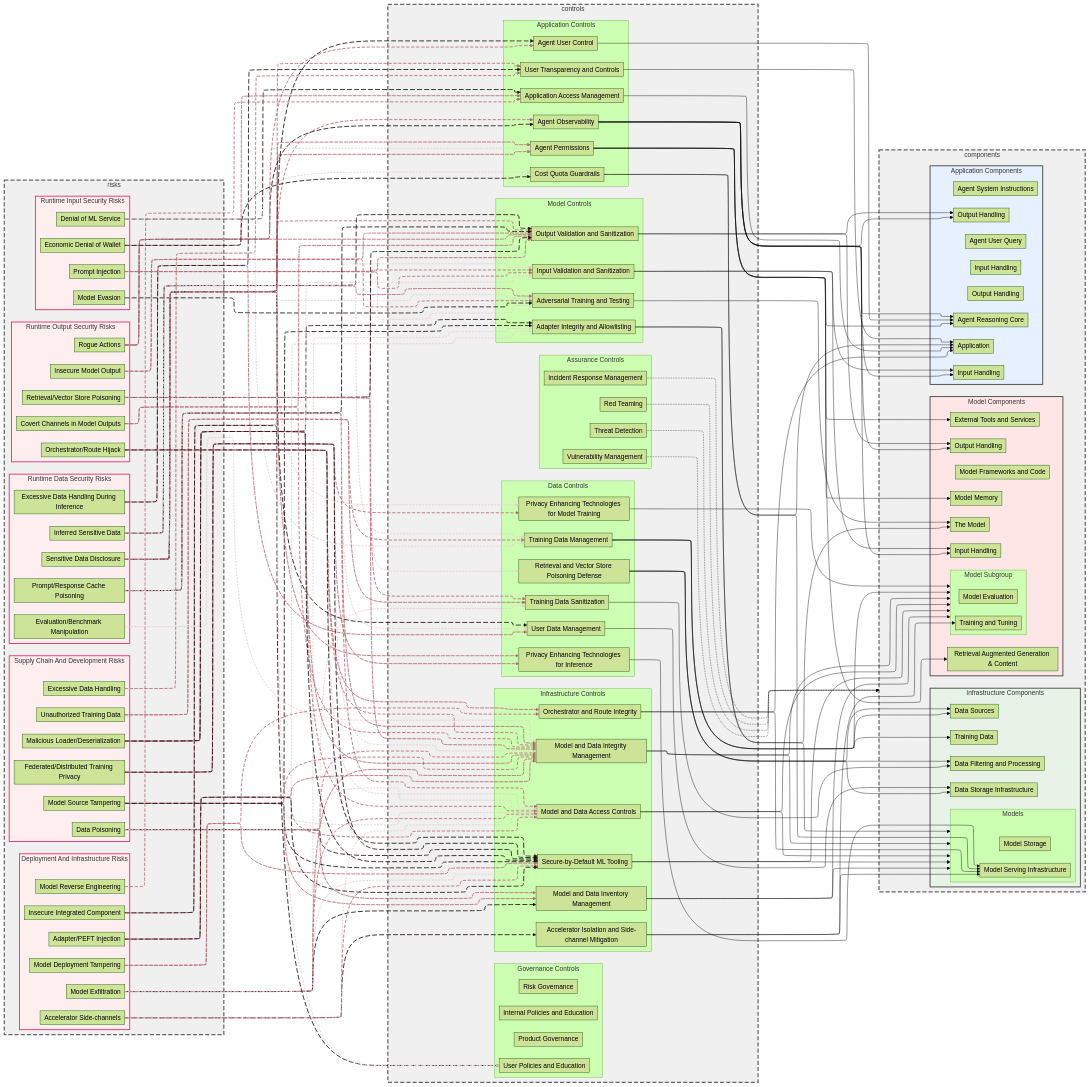
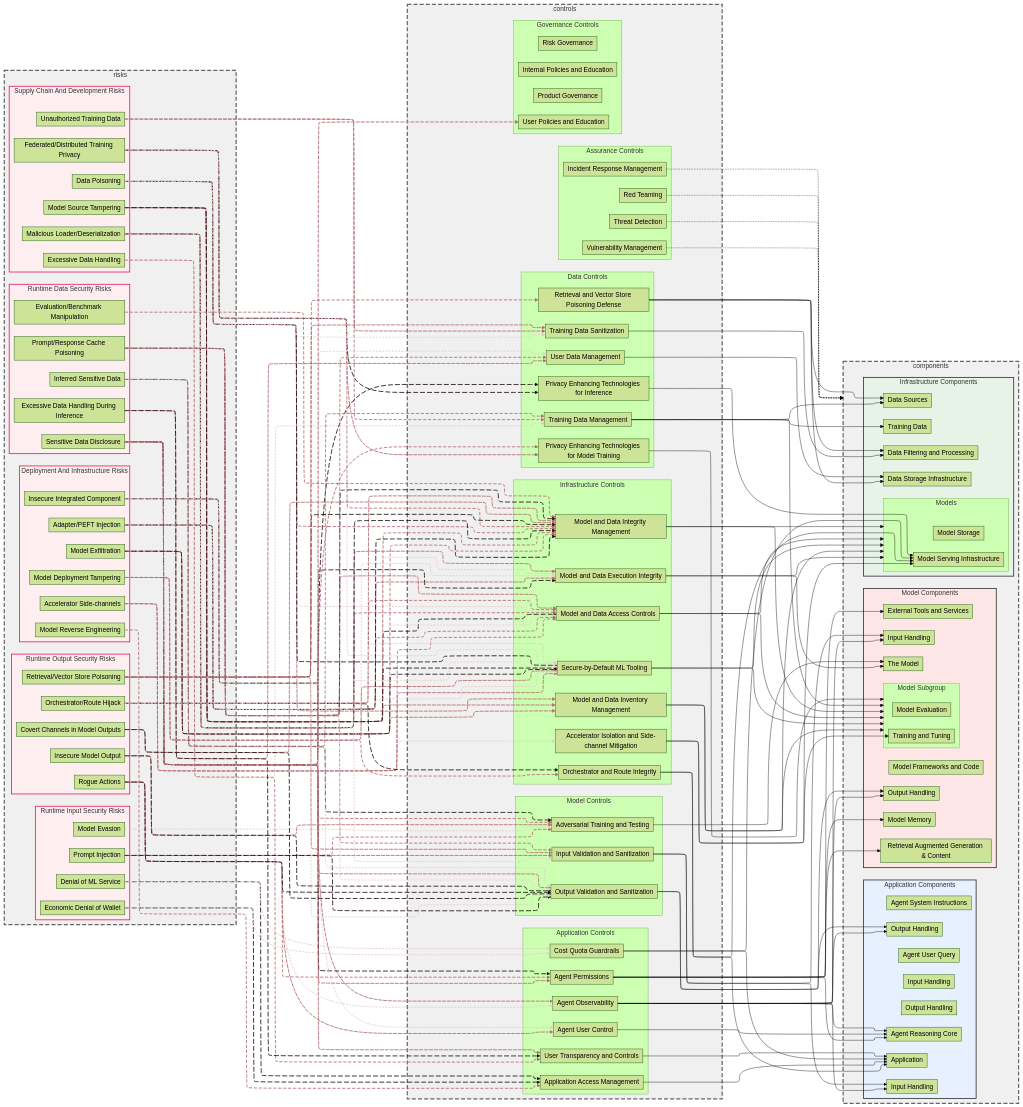
One commit to davidlabianca/secure-ai-tooling changed the diagram in risk-map/diagrams/controls-to-risk-graph.mermaid. Above: the diagram before and after it, drawn with Mermaid (forest theme). The commit also changed 13 other files, not shown here.

First line of the commit message:
[Controls][Revert] Add control: Adapter Integrity and Allowlisting

```diff
--- a/risk-map/diagrams/controls-to-risk-graph.mermaid
+++ b/risk-map/diagrams/controls-to-risk-graph.mermaid
@@ -68,6 +68,7 @@
     subgraph controlsInfrastructure ["Infrastructure Controls"]
         controlAcceleratorIsolationAndSideChannelMitigation[Accelerator Isolation and Side-channel Mitigation]
         controlModelAndDataAccessControls[Model and Data Access Controls]
+        controlModelAndDataExecutionIntegrity[Model and Data Execution Integrity]
         controlModelAndDataIntegrityManagement[Model and Data Integrity Management]
         controlModelAndDataInventoryManagement[Model and Data Inventory Management]
         controlOrchestratorAndRouteIntegrity[Orchestrator and Route Integrity]
@@ -75,7 +76,6 @@
     end
 
     subgraph controlsModel ["Model Controls"]
-        controlAdapterIntegrityAndAllowlisting[Adapter Integrity and Allowlisting]
         controlAdversarialTrainingAndTesting[Adversarial Training and Testing]
         controlInputValidationAndSanitization[Input Validation and Sanitization]
         controlOutputValidationAndSanitization[Output Validation and Sanitization]
@@ -154,8 +154,8 @@
     DP --> controlTrainingDataSanitization
     UTD --> controlTrainingDataManagement
     UTD --> controlTrainingDataSanitization
-    MST --> controlAdapterIntegrityAndAllowlisting
     MST --> controlModelAndDataAccessControls
+    MST --> controlModelAndDataExecutionIntegrity
     MST --> controlModelAndDataIntegrityManagement
     MST --> controlModelAndDataInventoryManagement
     MST --> controlSecureByDefaultMLTooling
@@ -163,17 +163,18 @@
     EDH --> controlUserTransparencyAndControls
     EDH-I --> controlUserDataManagement
     EDH-I --> controlUserTransparencyAndControls
-    MXF --> controlAdapterIntegrityAndAllowlisting
     MXF --> controlModelAndDataAccessControls
     MXF --> controlModelAndDataIntegrityManagement
     MXF --> controlModelAndDataInventoryManagement
     MXF --> controlSecureByDefaultMLTooling
+    MDT --> controlModelAndDataExecutionIntegrity
     MDT --> controlOrchestratorAndRouteIntegrity
     MDT --> controlSecureByDefaultMLTooling
     DMS --> controlApplicationAccessManagement
     DMS --> controlCostQuotaGuardrails
     MRE --> controlApplicationAccessManagement
     IIC --> controlAgentPluginPermissions
+    IIC --> controlModelAndDataExecutionIntegrity
     IIC --> controlUserPoliciesAndEducation
     PIJ --> controlAdversarialTrainingAndTesting
     PIJ --> controlInputValidationAndSanitization
@@ -207,8 +208,8 @@
     FLP --> controlModelPrivacyEnhancingTechnologies
     FLP --> controlRuntimePrivacyEnhancingTechnologies
     FLP --> controlSecureByDefaultMLTooling
-    ADI --> controlAdapterIntegrityAndAllowlisting
     ADI --> controlModelAndDataAccessControls
+    ADI --> controlModelAndDataExecutionIntegrity
     ADI --> controlModelAndDataIntegrityManagement
     ADI --> controlSecureByDefaultMLTooling
     ORH --> controlModelAndDataAccessControls
@@ -218,9 +219,9 @@
     EBM --> controlModelAndDataIntegrityManagement
     COV --> controlModelAndDataIntegrityManagement
     COV --> controlOutputValidationAndSanitization
-    MLD --> controlAdapterIntegrityAndAllowlisting
     MLD --> controlInputValidationAndSanitization
     MLD --> controlModelAndDataAccessControls
+    MLD --> controlModelAndDataExecutionIntegrity
     MLD --> controlModelAndDataIntegrityManagement
     MLD --> controlSecureByDefaultMLTooling
     PCP --> controlInputValidationAndSanitization
@@ -248,6 +249,8 @@
     controlModelAndDataAccessControls --> componentsModels
     controlModelAndDataIntegrityManagement --> componentsModelSubgroup
     controlModelAndDataIntegrityManagement --> componentsModels
+    controlModelAndDataExecutionIntegrity --> componentTheModel
+    controlModelAndDataExecutionIntegrity --> componentsModels
     controlSecureByDefaultMLTooling --> componentsModelSubgroup
     controlSecureByDefaultMLTooling --> componentsModels
     controlInputValidationAndSanitization --> componentAgentInputHandling
@@ -276,8 +279,6 @@
     controlRetrievalAndVectorStorePoisoningDefense --> componentDataFilteringAndProcessing
     controlRetrievalAndVectorStorePoisoningDefense --> componentDataSources
     controlRetrievalAndVectorStorePoisoningDefense --> componentDataStorage
-    controlAdapterIntegrityAndAllowlisting --> componentTheModel
-    controlAdapterIntegrityAndAllowlisting --> componentsModels
     controlOrchestratorAndRouteIntegrity --> componentApplication
     controlOrchestratorAndRouteIntegrity --> componentModelServing
     controlCostQuotaGuardrails --> componentApplication
@@ -286,7 +287,7 @@
     %% Edge styling
     linkStyle 0,4,8,12,16,20,24,28,32,36,40,44,48,52,56,60,64,68,72,76,80,84 stroke:#e6cbce,stroke-width:2px,stroke-dasharray: 5 3
     linkStyle 1,5,9,13,17,21,25,29,33,37,41,45,49,53,57,61,65,69,73,77,81,85 stroke:#b66871,stroke-width:2px,stroke-dasharray: 8 4
-    linkStyle 2,6,10,14,18,22,26,30,34,38,42,46,50,54,58,62,66,70,74,78,82 stroke:#b66871,stroke-width:2px,stroke-dasharray: 10 2
+    linkStyle 2,6,10,14,18,22,26,30,34,38,42,46,50,54,58,62,66,70,74,78,82,86 stroke:#b66871,stroke-width:2px,stroke-dasharray: 10 2
     linkStyle 3,7,11,15,19,23,27,31,35,39,43,47,51,55,59,63,67,71,75,79,83 stroke:#1c0d0f,stroke-width:2px,stroke-dasharray: 12 5
 
 %% Node style definitions
```
